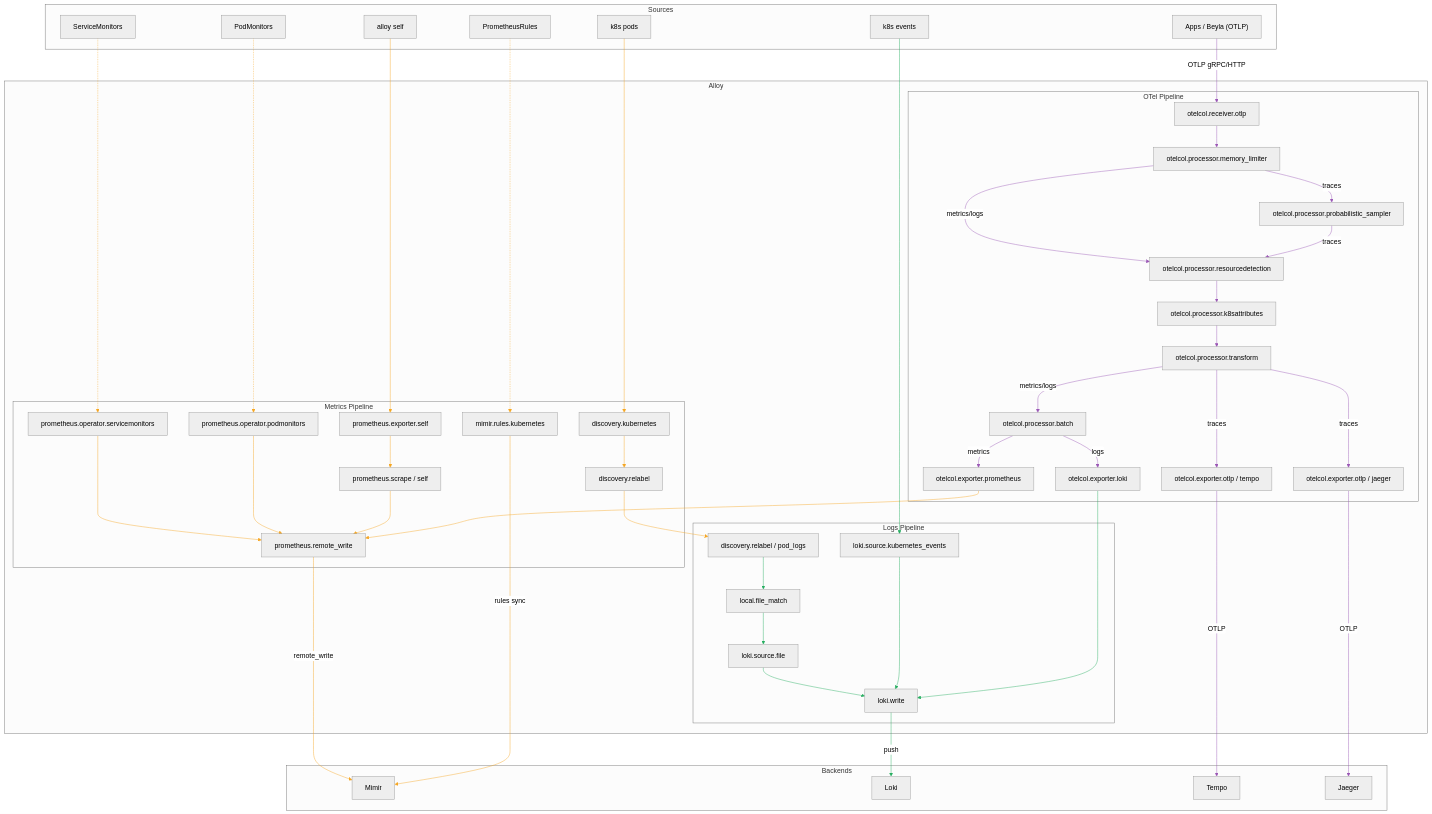
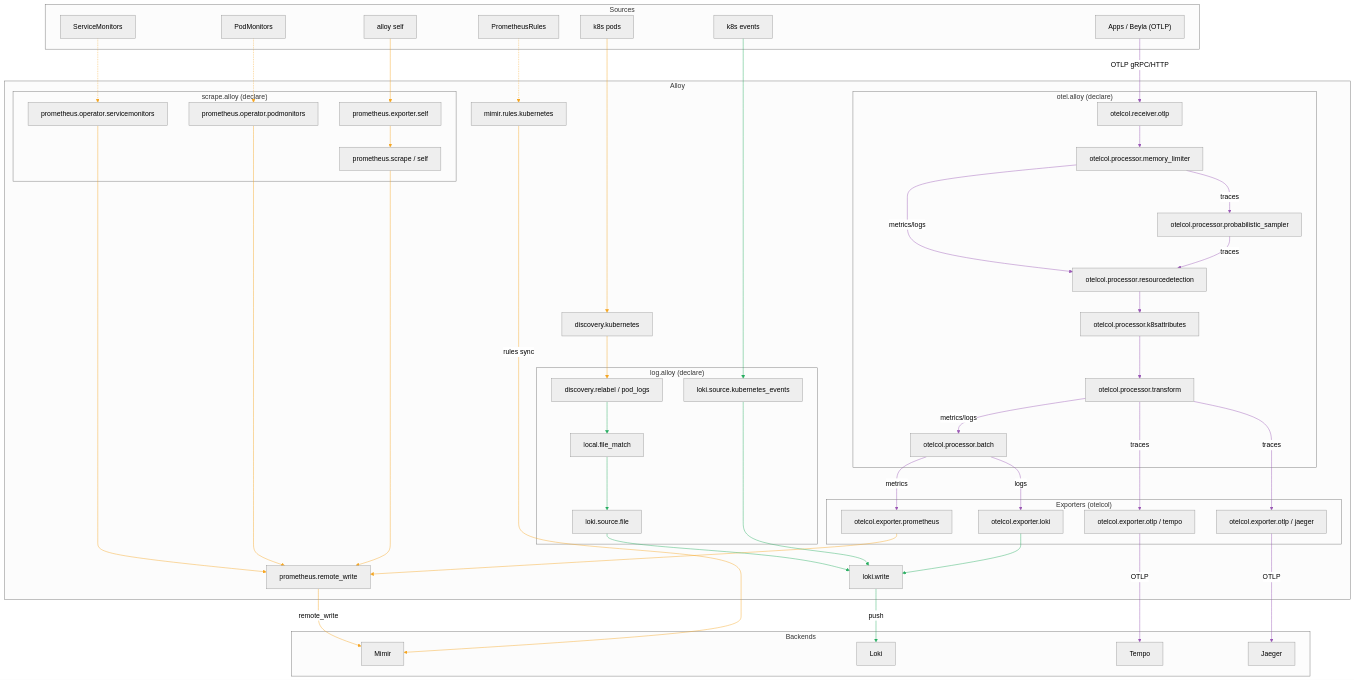
The fourth of 4 diagrams in k8s/alloy-lgtm-kubeprom/README.md (buzztaiki/sandbox), drawn with Mermaid (neutral theme) before and after one commit.

Commit message:
docs: reorganize Alloy Pipelines diagram by file boundary
- Replace functional subgraphs (Metrics/Logs/OTel Pipeline) with
  file-based subgraphs (scrape.alloy, log.alloy, otel.alloy declares)
- Promote config.alloy nodes to alloy_ns level for readability
- Group otelcol exporters in an Exporters subgraph
- Remove intermediate disc_relabel node; connect disc_k8s directly to disc_relabel_logs

````diff
--- a/k8s/alloy-lgtm-kubeprom/README.md
+++ b/k8s/alloy-lgtm-kubeprom/README.md
@@ -226,37 +226,39 @@
     end
 
     subgraph alloy_ns["Alloy"]
-        subgraph metrics_pipeline["Metrics Pipeline"]
-            disc_k8s["discovery.kubernetes"]
-            disc_relabel["discovery.relabel"]
+        disc_k8s["discovery.kubernetes"]
+        prom_rw["prometheus.remote_write"]
+        mimir_rules["mimir.rules.kubernetes"]
+        loki_write["loki.write"]
+        subgraph exporters["Exporters (otelcol)"]
+            otel_exp_prom["otelcol.exporter.prometheus"]
+            otel_exp_loki["otelcol.exporter.loki"]
+            otel_exp_otlp_tempo["otelcol.exporter.otlp / tempo"]
+            otel_exp_otlp_jaeger["otelcol.exporter.otlp / jaeger"]
+        end
+
+        subgraph scrape_alloy["scrape.alloy (declare)"]
             op_sm["prometheus.operator.servicemonitors"]
             op_pm["prometheus.operator.podmonitors"]
             prom_self["prometheus.exporter.self"]
             prom_scrape_self["prometheus.scrape / self"]
-            prom_rw["prometheus.remote_write"]
-            mimir_rules["mimir.rules.kubernetes"]
         end
 
-        subgraph logs_pipeline["Logs Pipeline"]
+        subgraph log_alloy["log.alloy (declare)"]
             disc_relabel_logs["discovery.relabel / pod_logs"]
             file_match["local.file_match"]
             loki_file["loki.source.file"]
             loki_events["loki.source.kubernetes_events"]
-            loki_write["loki.write"]
         end
 
-        subgraph otel_pipeline["OTel Pipeline"]
+        subgraph otel_alloy["otel.alloy (declare)"]
             otel_recv["otelcol.receiver.otlp"]
             otel_mem["otelcol.processor.memory_limiter"]
             otel_sampler["otelcol.processor.probabilistic_sampler"]
             otel_resdet["otelcol.processor.resourcedetection"]
             otel_k8sattr["otelcol.processor.k8sattributes"]
+            otel_transform["otelcol.processor.transform"]
             otel_batch["otelcol.processor.batch"]
-            otel_transform["otelcol.processor.transform"]
-            otel_exp_prom["otelcol.exporter.prometheus"]
-            otel_exp_loki["otelcol.exporter.loki"]
-            otel_exp_otlp_tempo["otelcol.exporter.otlp / tempo"]
-            otel_exp_otlp_jaeger["otelcol.exporter.otlp / jaeger"]
         end
     end
 
@@ -269,8 +271,7 @@
 
     %% Metrics pipeline
     k8s_pods m1@-->| | disc_k8s
-    disc_k8s m2@-->| | disc_relabel
-    disc_relabel m3@-->| | disc_relabel_logs
+    disc_k8s m2@-->| | disc_relabel_logs
     servicemonitors m4@-.->| | op_sm
     podmonitors m5@-.->| | op_pm
     prometheusrules m6@-.->| | mimir_rules
@@ -312,7 +313,7 @@
     classDef logs stroke:#27ae60
     classDef traces stroke:#9b59b6
 
-    class m1,m2,m3,m4,m5,m6,m7,m8,m9,m10,m11,m12,m13,m14 metrics
+    class m1,m2,m4,m5,m6,m7,m8,m9,m10,m11,m12,m13,m14 metrics
     class l1,l2,l3,l4,l5,l6,l7 logs
     class o1,o2,o3,o4,o5,o6,o7,o8,o9,o10,o11,o12,o13,o14 traces
 ```
````
